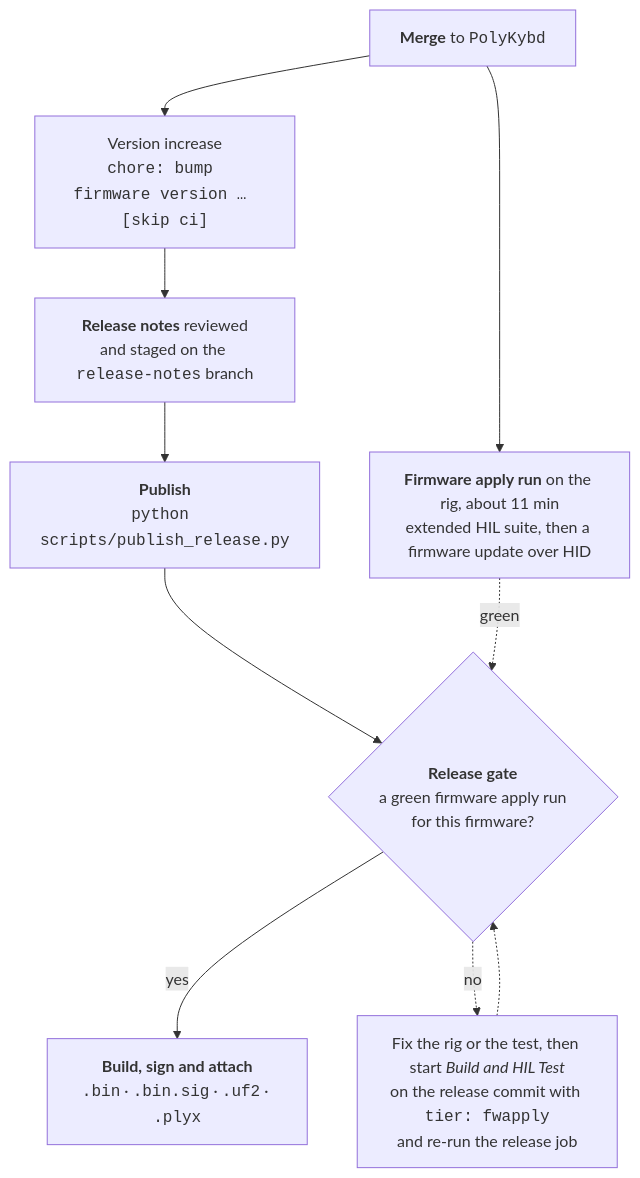
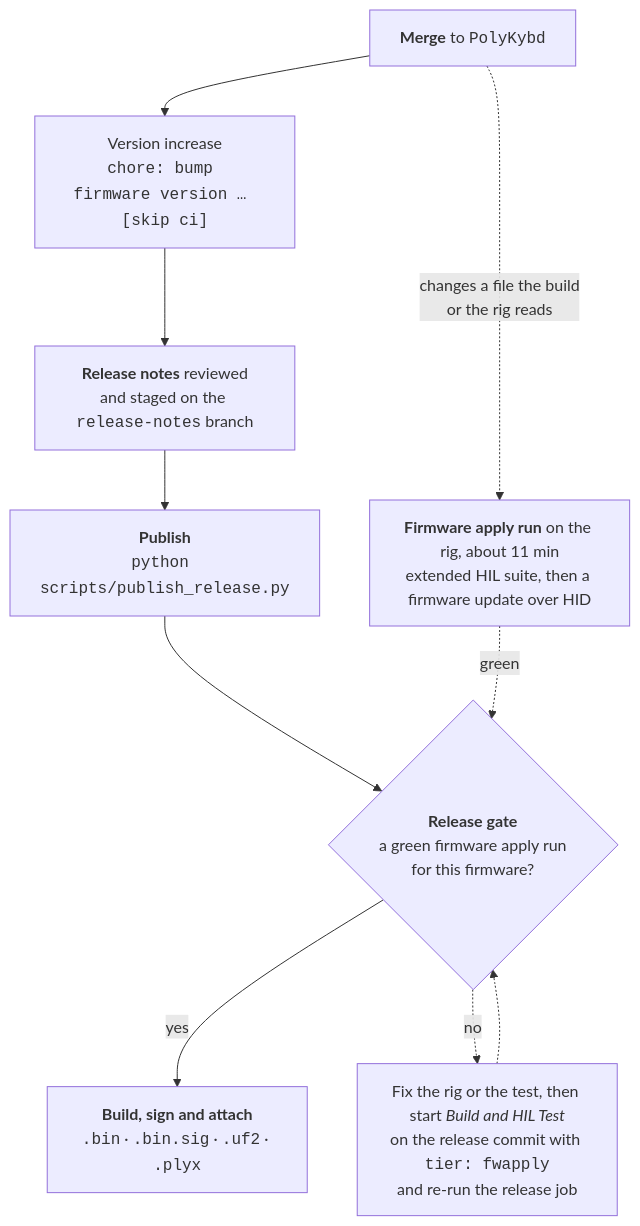
The second of 2 diagrams in src/content/docs/development/contributing.mdx (thpoll83/polykybd-docs), drawn with Mermaid before and after one commit. The commit also changed other lines of this file, not shown here.

First line of the commit message:
docs(contributing): only a merge that changes a build or rig file runs the apply job

````diff
--- a/src/content/docs/development/contributing.mdx
+++ b/src/content/docs/development/contributing.mdx
@@ -122,21 +122,21 @@
 ```mermaid
 flowchart TD
   MERGE["<b>Merge</b> to <code>PolyKybd</code>"]
   BUMP["Version increase<br/><code>chore: bump firmware version … [skip ci]</code>"]
   APPLY["<b>Firmware apply run</b> on the rig, about 11 min<br/>extended HIL suite, then a firmware update over HID"]
   NOTES["<b>Release notes</b> reviewed<br/>and staged on the <code>release-notes</code> branch"]
   PUB["<b>Publish</b><br/><code>python scripts/publish_release.py</code>"]
   GATE{"<b>Release gate</b><br/>a green firmware apply run<br/>for this firmware?"}
   BUILD["<b>Build, sign and attach</b><br/><code>.bin</code> · <code>.bin.sig</code> · <code>.uf2</code> · <code>.plyx</code>"]
   REDO["Fix the rig or the test, then start <i>Build and HIL Test</i><br/>on the release commit with <code>tier: fwapply</code><br/>and re-run the release job"]
 
   MERGE --> BUMP
-  MERGE --> APPLY
+  MERGE -.->|"changes a file the build<br/>or the rig reads"| APPLY
   BUMP --> NOTES
   NOTES --> PUB
   PUB --> GATE
   APPLY -.->|"green"| GATE
   GATE -->|"yes"| BUILD
   GATE -.->|"no"| REDO
   REDO -.-> GATE
 ```
````
